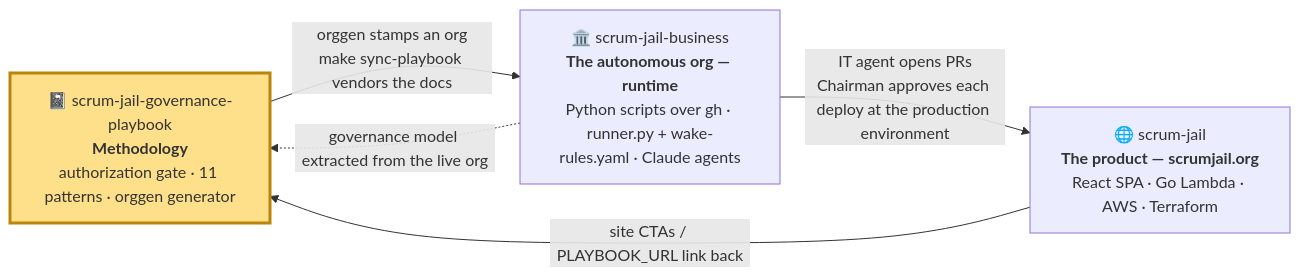
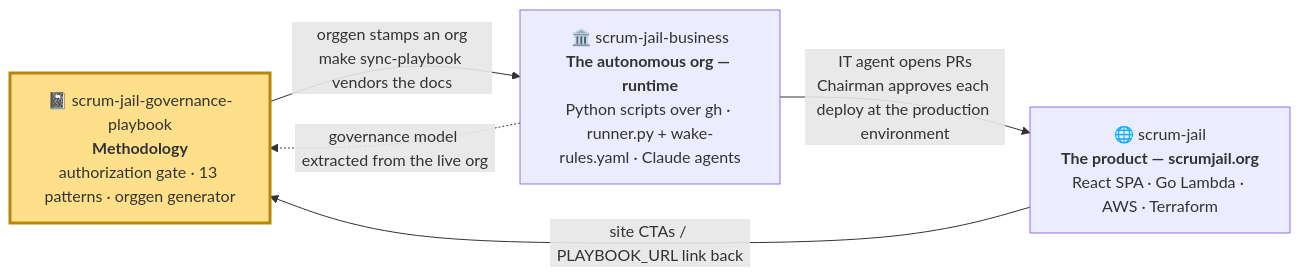
Before and after one commit to johnplantada/scrum-jail-governance-playbook: the first of 10 diagrams in docs/ARCHITECTURE.md, drawn with Mermaid. The commit also changed other lines of this file and 9 other files, not shown here.

First line of the commit message:
docs: the work-item tree + closure gate — patterns 12/13, §workitems, [CLOSE]

````diff
--- a/docs/ARCHITECTURE.md
+++ b/docs/ARCHITECTURE.md
@@ -23,13 +23,13 @@
 ```mermaid
 flowchart LR
-    GP["📓 scrum-jail-governance-playbook<br/><b>Methodology</b><br/>authorization gate · 11 patterns · orggen generator"]
+    GP["📓 scrum-jail-governance-playbook<br/><b>Methodology</b><br/>authorization gate · 13 patterns · orggen generator"]
     BIZ["🏛️ scrum-jail-business<br/><b>The autonomous org — runtime</b><br/>Python scripts over gh · runner.py + wake-rules.yaml · Claude agents"]
     PROD["🌐 scrum-jail<br/><b>The product — scrumjail.org</b><br/>React SPA · Go Lambda · AWS · Terraform"]
 
     GP -->|"orggen stamps an org<br/>make sync-playbook vendors the docs"| BIZ
     BIZ -->|"IT agent opens PRs<br/>Chairman approves each deploy at the production environment"| PROD
     PROD -->|"site CTAs / PLAYBOOK_URL link back"| GP
     BIZ -.->|"governance model extracted from the live org"| GP
 
     style GP fill:#ffe08a,stroke:#b8860b,stroke-width:3px
 ```
````
